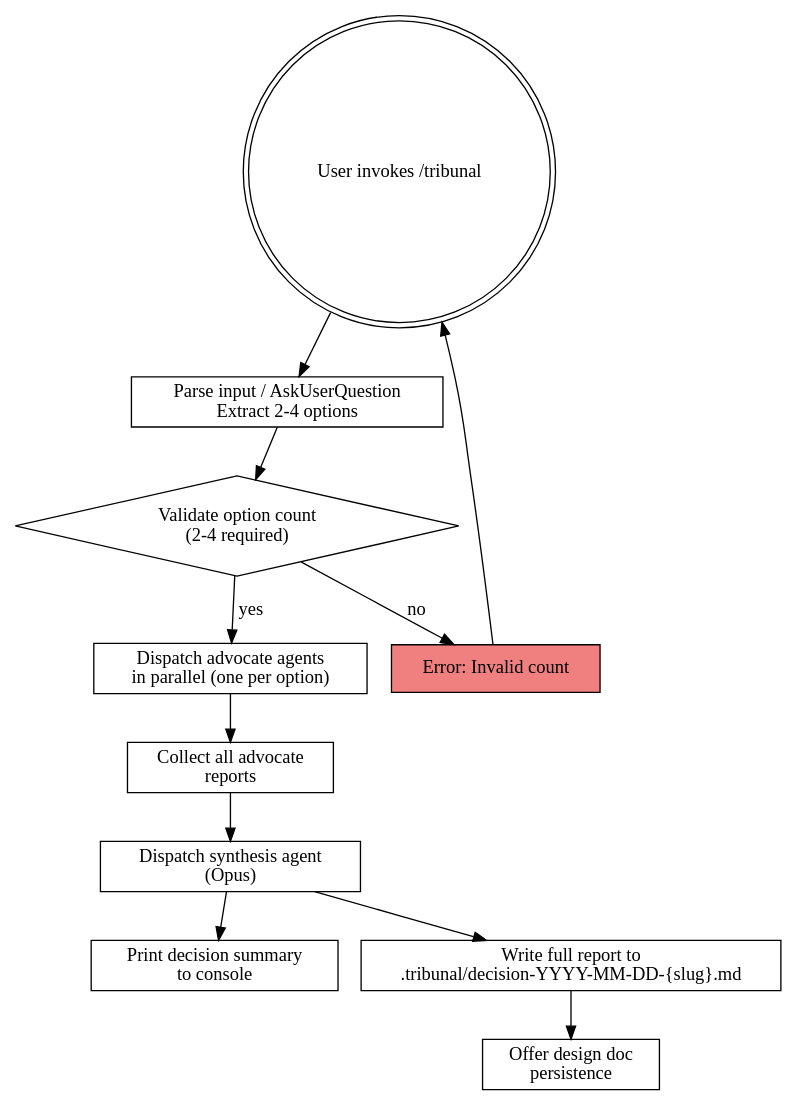
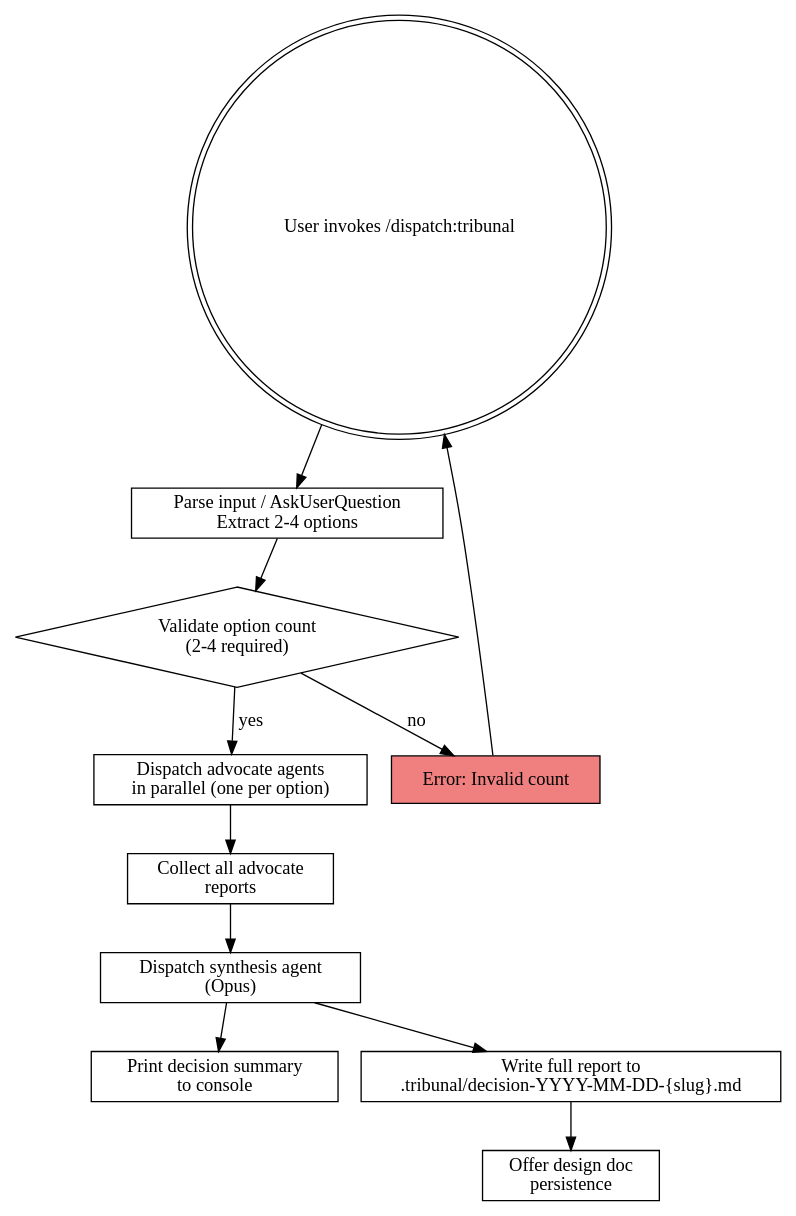
The diagram in skills/tribunal/SKILL.md (KwanwooLee36/dispatch), drawn with Graphviz before and after one commit. The commit also changed other lines of this file and 9 other files, not shown here.

````diff
--- a/skills/tribunal/SKILL.md
+++ b/skills/tribunal/SKILL.md
@@ -186,28 +186,28 @@
 ```dot
 digraph tribunal_flow {
     rankdir=TB;
     node [shape=box];
 
-    start [label="User invokes /tribunal" shape=doublecircle];
+    start [label="User invokes /dispatch:tribunal" shape=doublecircle];
     parse [label="Parse input / AskUserQuestion\nExtract 2-4 options"];
     validate [label="Validate option count\n(2-4 required)" shape=diamond];
     error1 [label="Error: Invalid count" shape=box, style=filled, fillcolor=lightcoral];
     dispatch [label="Dispatch advocate agents\nin parallel (one per option)"];
     collect [label="Collect all advocate\nreports"];
     synthesis [label="Dispatch synthesis agent\n(Opus)"];
     console [label="Print decision summary\nto console"];
     file [label="Write full report to\n.tribunal/decision-YYYY-MM-DD-{slug}.md"];
     offer [label="Offer design doc\npersistence"];
 
     start -> parse;
     parse -> validate;
     validate -> error1 [label="no"];
     validate -> dispatch [label="yes"];
     error1 -> start;
     dispatch -> collect;
     collect -> synthesis;
     synthesis -> console;
     synthesis -> file;
     file -> offer;
 }
 ```
````
